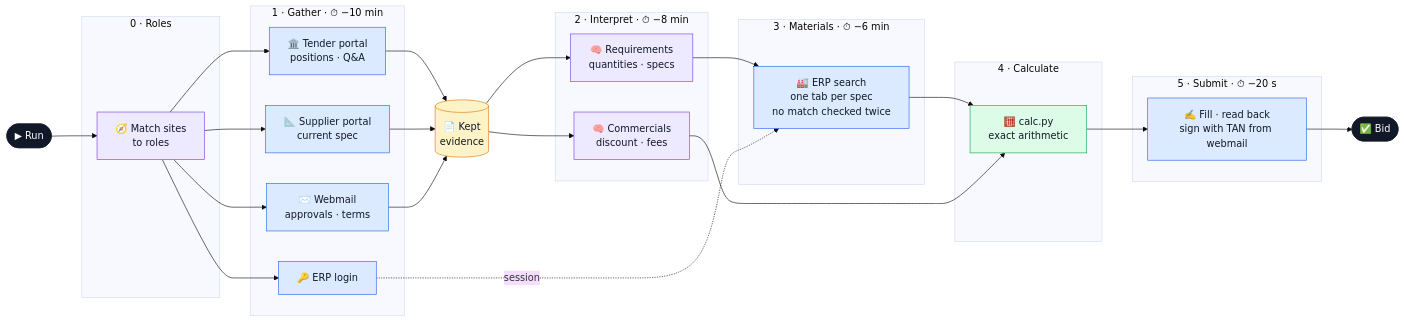
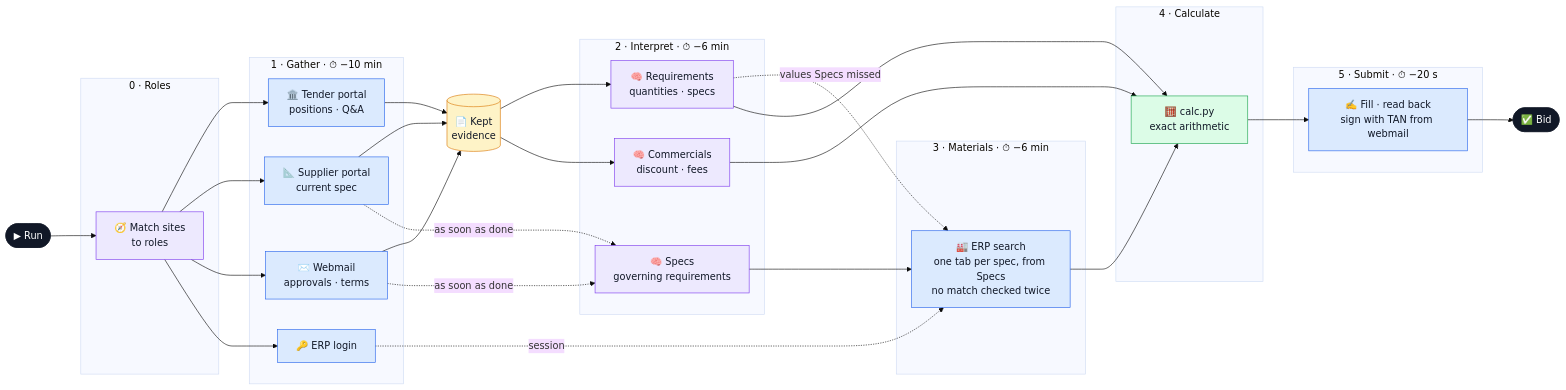
The diagram in README.md (lucakammerer/adminrights), drawn with Mermaid (base theme) before and after one commit. The commit also changed 6 other files, not shown here.

````diff
--- a/README.md
+++ b/README.md
@@ -7,54 +7,57 @@
 ```mermaid
 flowchart LR
   run([▶ Run]) --> roles
 
   subgraph P0["0 · Roles"]
     roles["🧭 Match sites<br/>to roles"]
   end
 
   subgraph P1["1 · Gather · ⏱ −10 min"]
     tender["🏛️ Tender portal<br/>positions · Q#amp;A"]
     supplier["📐 Supplier portal<br/>current spec"]
     mail["✉️ Webmail<br/>approvals · terms"]
     login["🔑 ERP login"]
   end
 
   evidence[("📄 Kept<br/>evidence")]
 
-  subgraph P2["2 · Interpret · ⏱ −8 min"]
+  subgraph P2["2 · Interpret · ⏱ −6 min"]
+    specs["🧠 Specs<br/>governing requirements"]
     req["🧠 Requirements<br/>quantities · specs"]
     com["🧠 Commercials<br/>discount · fees"]
   end
 
   subgraph P3["3 · Materials · ⏱ −6 min"]
-    erp["🏭 ERP search<br/>one tab per spec<br/>no match checked twice"]
+    erp["🏭 ERP search<br/>one tab per spec, from Specs<br/>no match checked twice"]
   end
 
   subgraph P4["4 · Calculate"]
     calc["🧮 calc.py<br/>exact arithmetic"]
   end
 
   subgraph P5["5 · Submit · ⏱ −20 s"]
     submit["✍️ Fill · read back<br/>sign with TAN from webmail"]
   end
 
   roles --> tender & supplier & mail & login
   tender & supplier & mail --> evidence
   evidence --> req & com
-  req --> erp
+  supplier & mail -. as soon as done .-> specs --> erp
+  req -. values Specs missed .-> erp
+  req --> calc
   login -. session .-> erp
   erp --> calc
   com --> calc
   calc --> submit --> bid([✅ Bid])
 
   classDef browser fill:#dbeafe,stroke:#2563eb,color:#111827
   classDef model fill:#ede9fe,stroke:#7c3aed,color:#111827
   classDef code fill:#dcfce7,stroke:#16a34a,color:#111827
   classDef store fill:#fef3c7,stroke:#d97706,color:#111827
   classDef terminal fill:#111827,stroke:#111827,color:#ffffff
   class tender,supplier,mail,login,erp,submit browser
-  class roles,req,com model
+  class roles,specs,req,com model
   class calc code
   class evidence store
   class run,bid terminal
 ```
````
